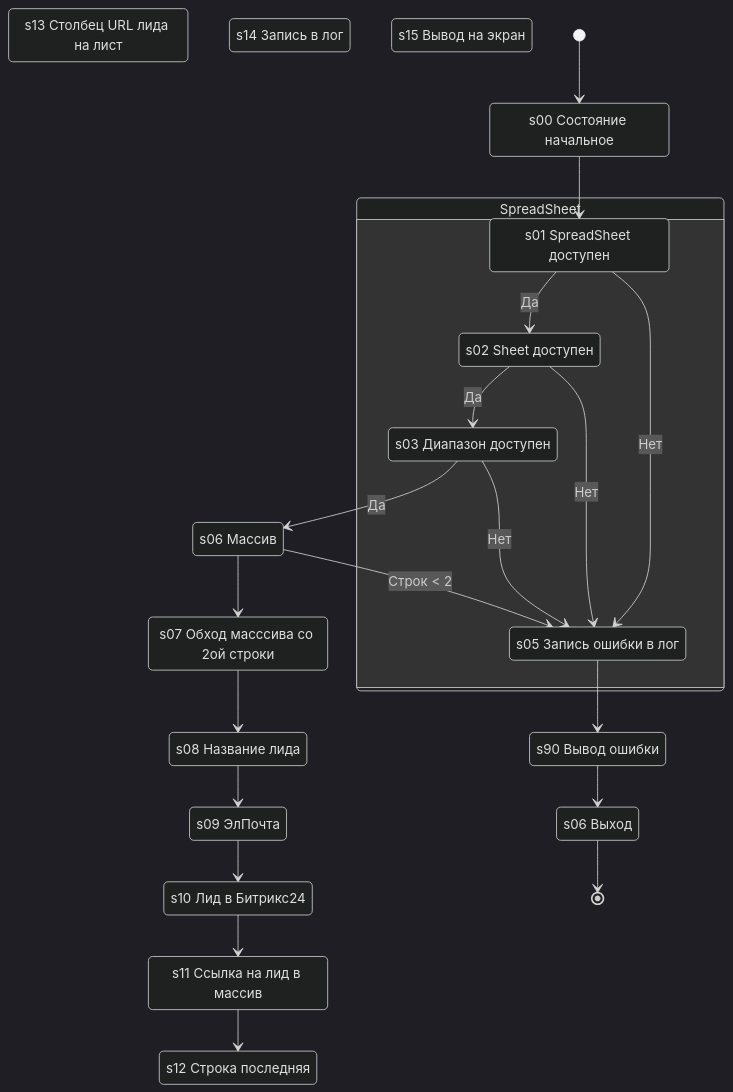
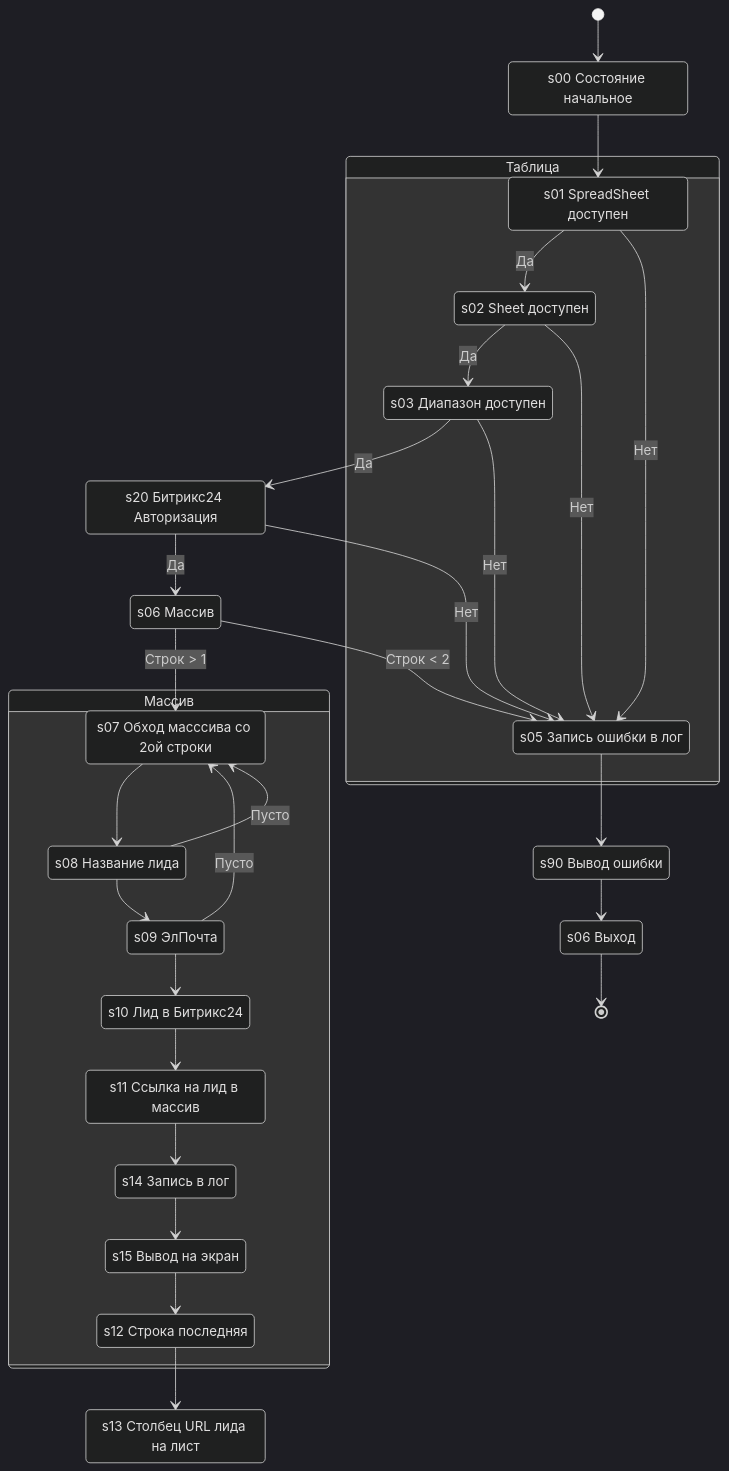
One commit to InExSu/Google-Sheets-Bitrix24 changed the diagram in README.md. Above: the diagram before and after it, drawn with Mermaid (dark theme).

Commit message:
handLocal

````diff
--- a/README.md
+++ b/README.md
@@ -1,42 +1,53 @@
 ```mermaid
 stateDiagram-v2
 s00: s00 Состояние начальное
 s01: s01 SpreadSheet доступен
 s02: s02 Sheet доступен
 s03: s03 Диапазон доступен
 s05: s05 Запись ошибки в лог
 s06: s06 Массив
 s07: s07 Обход масссива со 2ой строки
 s08: s08 Название лида
 s09: s09 ЭлПочта 
 s10: s10 Лид в Битрикс24
 s11: s11 Ссылка на лид в массив
 s12: s12 Строка последняя
 s13: s13 Столбец URL лида на лист
 s14: s14 Запись в лог
 s15: s15 Вывод на экран
+
+s20: s20 Битрикс24 Авторизация
+
 s90: s90 Вывод ошибки
-
 s99: s06 Выход
 
 [*] --> s00 
 s00 --> s01
-state SpreadSheet {
+state Таблица {
 s01 --> s02: Да
 s01 --> s05: Нет
 s02 --> s03: Да
 }
 s02 --> s05: Нет
-s03 --> s06: Да
+s03 --> s20: Да
+s20 --> s06: Да
+s20 --> s05: Нет 
 s03 --> s05: Нет
 s06 --> s05: Строк < 2
-s06 --> s07
+s06 --> s07: Строк > 1
+state Массив {
 s07 --> s08
 s08 --> s09
+s08 --> s07: Пусто
 s09 --> s10
+s09 --> s07: Пусто
 s10 --> s11
-s11 --> s12
+s15 --> s12
+s11 --> s14
+s14 --> s15
+}
+s12 --> s13
 s05 --> s90
 s90 --> s99
 s99 --> [*]
 ```
````
